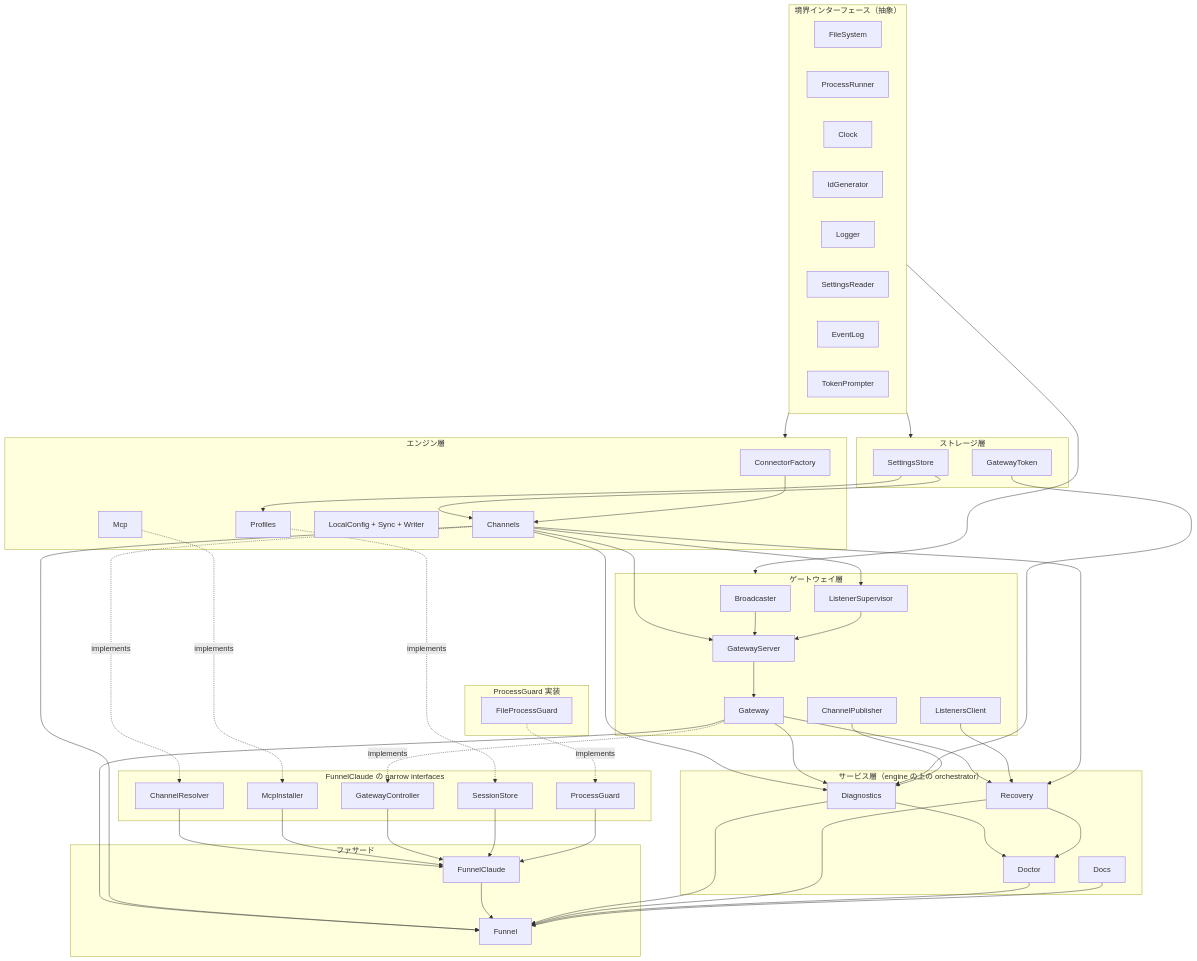
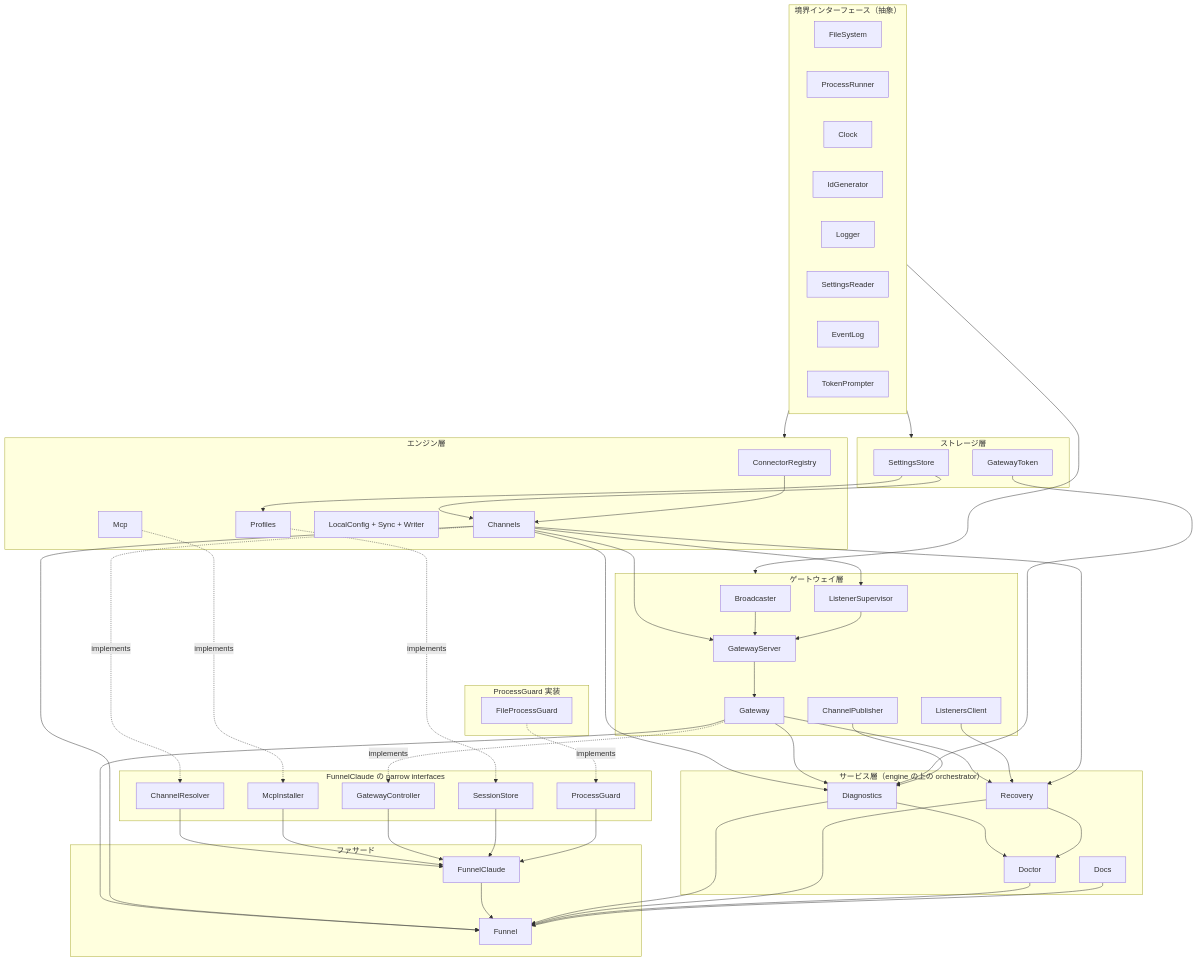
The diagram in CLAUDE.md (interactive-inc/open-claude-funnel), drawn with Mermaid before and after one commit. The commit also changed other lines of this file and 40 other files, not shown here.

```diff
--- a/CLAUDE.md
+++ b/CLAUDE.md
@@ -145,7 +145,7 @@
   end
 
   subgraph engine["エンジン層"]
-    CF[ConnectorFactory]
+    CF[ConnectorRegistry]
     CH[Channels]
     PR2[Profiles]
     LC[LocalConfig + Sync + Writer]
```
